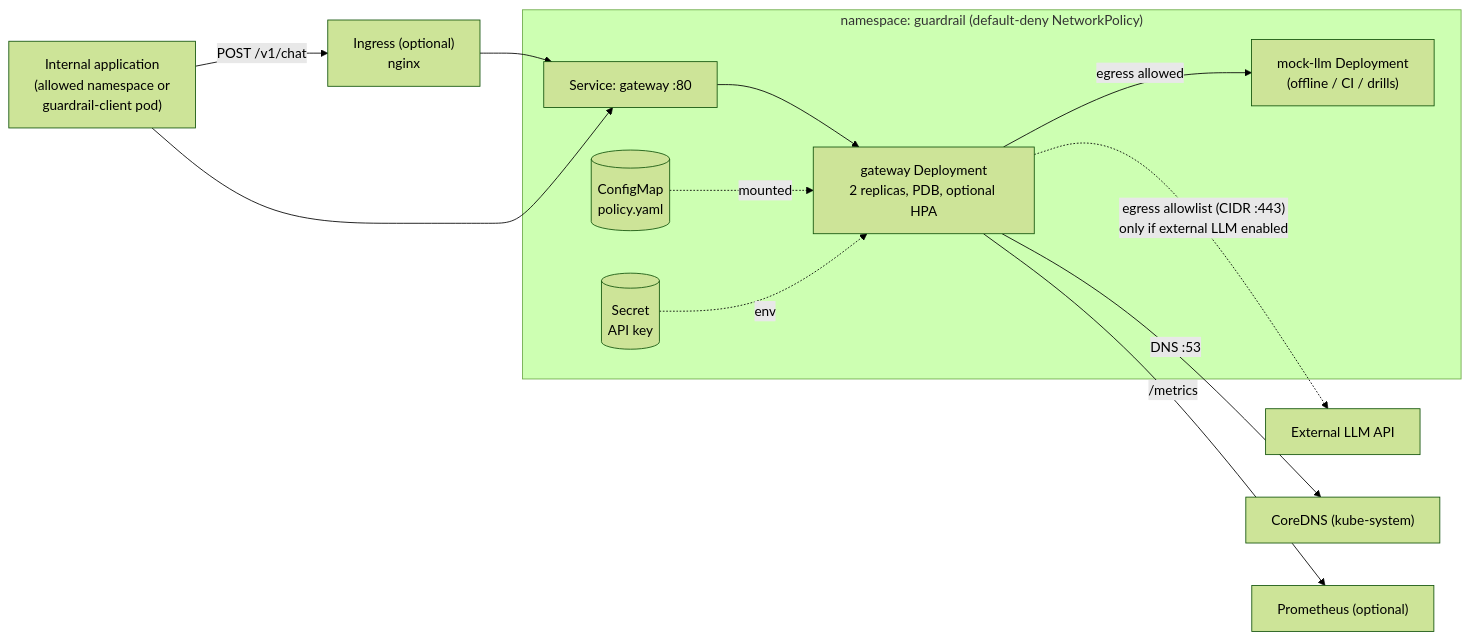
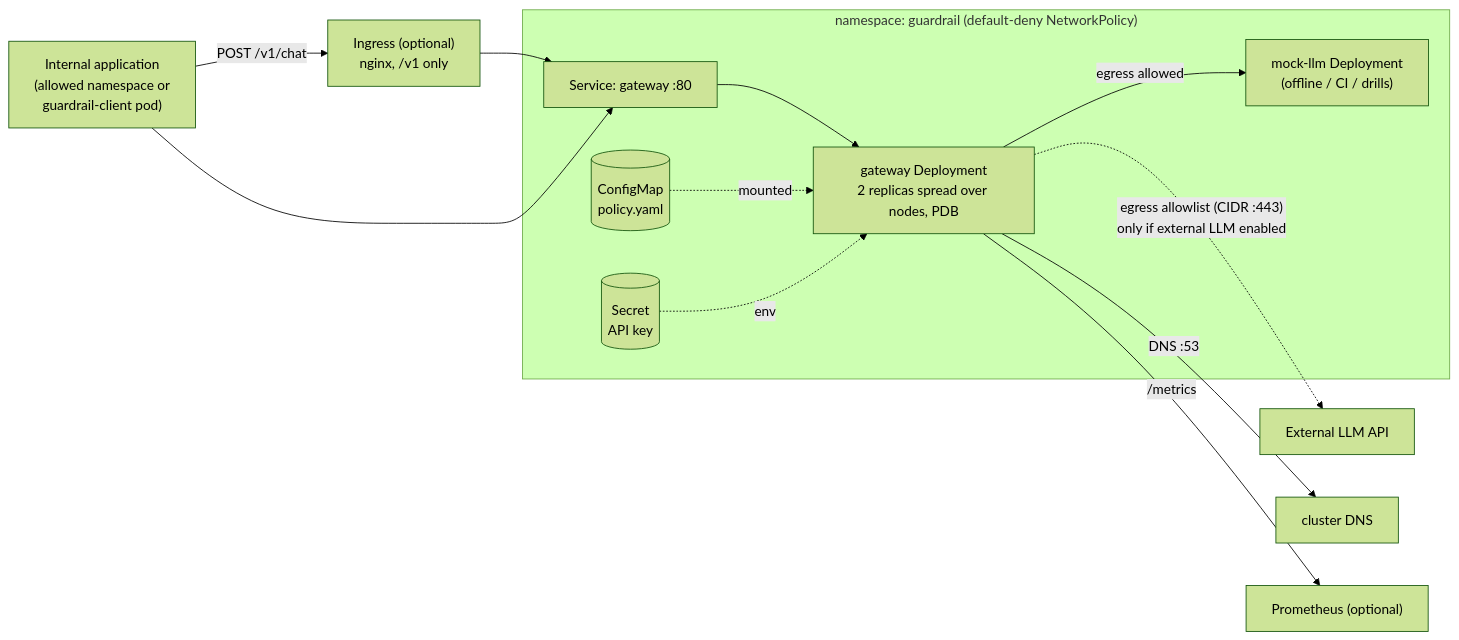
Before and after one commit to dojedaro/llm-guardrail-k8s: the diagram in docs/ARCHITECTURE.md, drawn with Mermaid (forest theme). The commit also changed other lines of this file and 12 other files, not shown here.

````diff
--- a/docs/ARCHITECTURE.md
+++ b/docs/ARCHITECTURE.md
@@ -3,15 +3,15 @@
 ```mermaid
 flowchart LR
-    app["Internal application<br/>(allowed namespace or<br/>guardrail-client pod)"] -->|"POST /v1/chat"| ing["Ingress (optional)<br/>nginx"]
+    app["Internal application<br/>(allowed namespace or<br/>guardrail-client pod)"] -->|"POST /v1/chat"| ing["Ingress (optional)<br/>nginx, /v1 only"]
     ing --> svc
     app --> svc["Service: gateway :80"]
     subgraph ns["namespace: guardrail (default-deny NetworkPolicy)"]
-        svc --> gw["gateway Deployment<br/>2 replicas, PDB, optional HPA"]
+        svc --> gw["gateway Deployment<br/>2 replicas spread over nodes, PDB"]
         cm[("ConfigMap<br/>policy.yaml")] -. mounted .-> gw
         sec[("Secret<br/>API key")] -. env .-> gw
         gw -->|"egress allowed"| mock["mock-llm Deployment<br/>(offline / CI / drills)"]
     end
     gw -. "egress allowlist (CIDR :443)<br/>only if external LLM enabled" .-> ext["External LLM API"]
-    gw -->|"DNS :53"| dns["CoreDNS (kube-system)"]
+    gw -->|"DNS :53"| dns["cluster DNS"]
     gw -->|"/metrics"| prom["Prometheus (optional)"]
 ```
````
